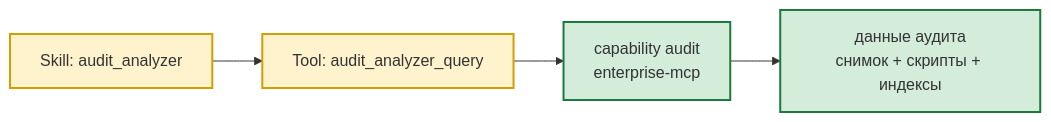
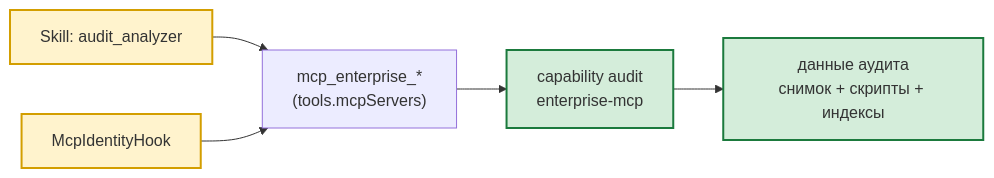
Before and after one commit to AlexEgorov85/workspaces_nanobot: the diagram in docs/skill-tool-inventory.md, drawn with Mermaid. The commit also changed other lines of this file and 31 other files, not shown here.

````diff
--- a/docs/skill-tool-inventory.md
+++ b/docs/skill-tool-inventory.md
@@ -74,10 +96,11 @@
 ```mermaid
 flowchart LR
-    SKILL["Skill: audit_analyzer"] --> TOOL["Tool: audit_analyzer_query"]
-    TOOL --> CAP["capability audit<br/>enterprise-mcp"]
+    SKILL["Skill: audit_analyzer"] --> MCP["mcp_enterprise_*<br/>(tools.mcpServers)"]
+    HOOK["McpIdentityHook"] --> MCP
+    MCP --> CAP["capability audit<br/>enterprise-mcp"]
     CAP --> DATA["данные аудита<br/>снимок + скрипты + индексы"]
     classDef core fill:#fff3cd,stroke:#d39e00,stroke-width:2px
     classDef infra fill:#d4edda,stroke:#1b7a3d,stroke-width:2px
-    class SKILL,TOOL core
+    class SKILL,HOOK core
     class CAP,DATA infra
 ```
````
